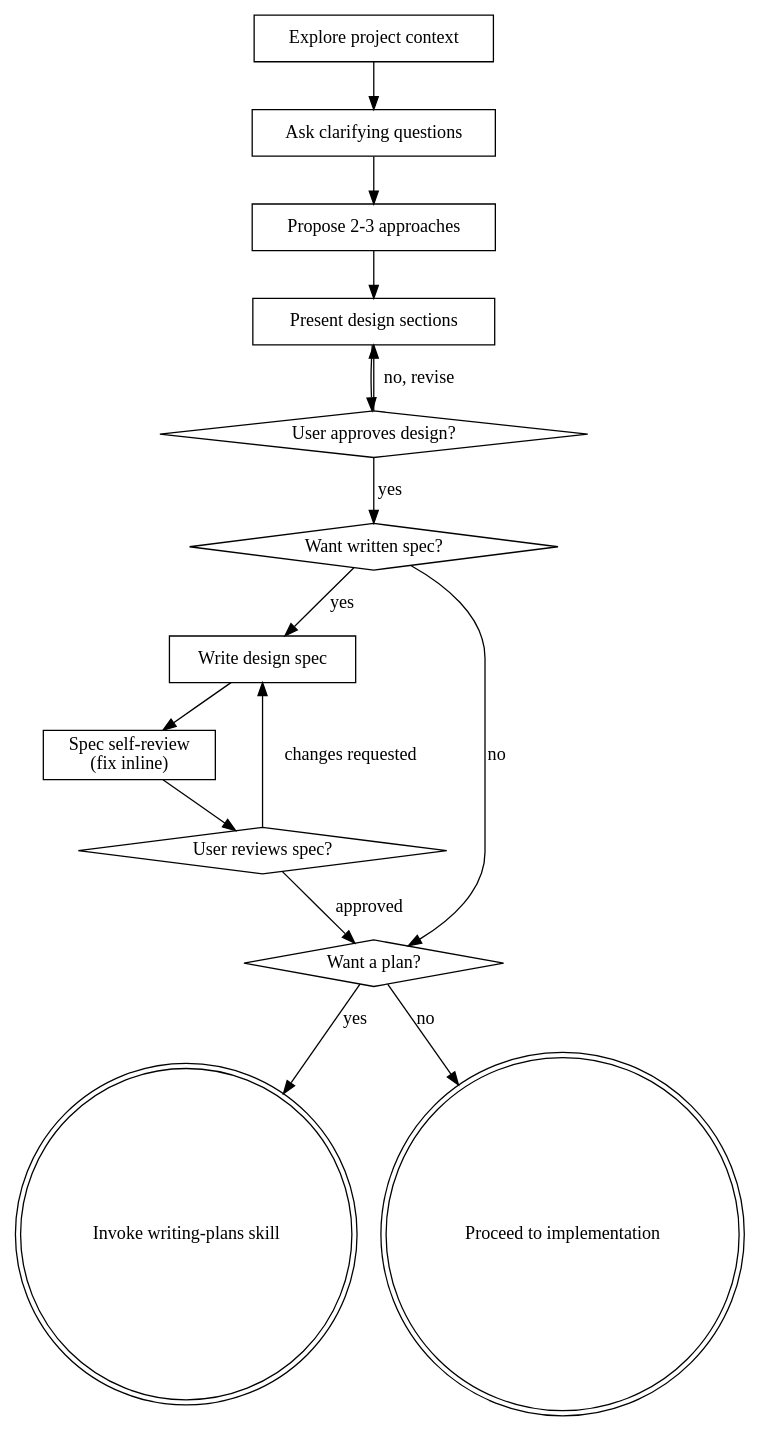
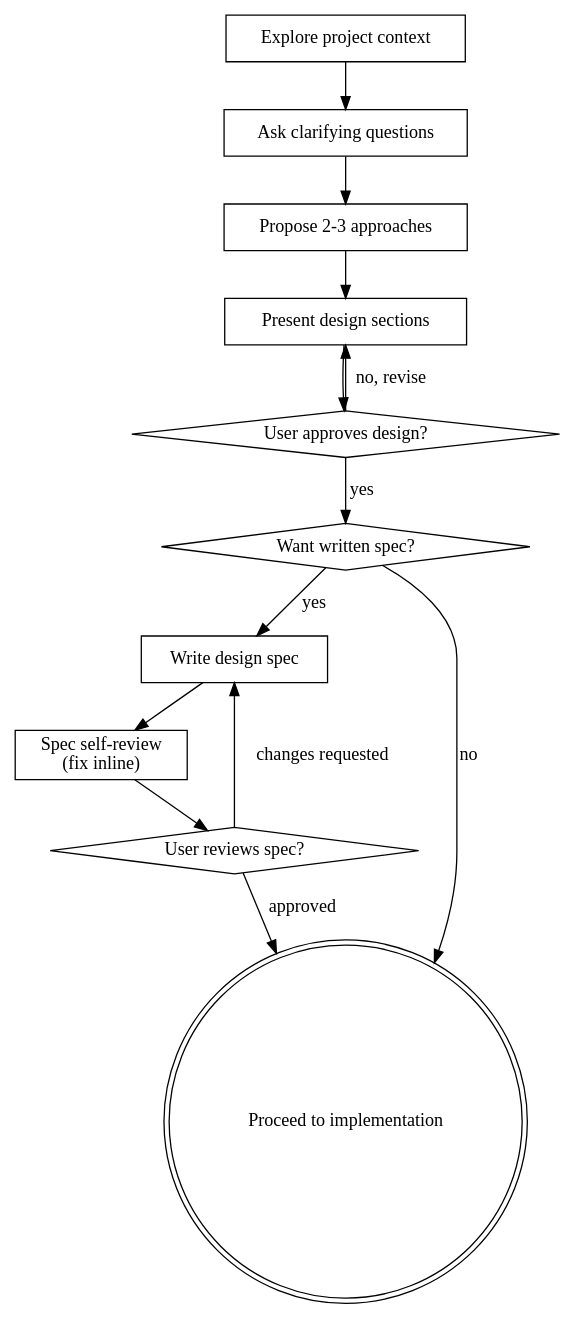
The diagram in configs/agents/skills/brainstorming/SKILL.md (Ehrax/dotfiles), drawn with Graphviz before and after one commit. The commit also changed other lines of this file and 6 other files, not shown here.

````diff
--- a/configs/agents/skills/brainstorming/SKILL.md
+++ b/configs/agents/skills/brainstorming/SKILL.md
@@ -35,31 +48,27 @@
 ```dot
 digraph brainstorming {
     "Explore project context" [shape=box];
     "Ask clarifying questions" [shape=box];
     "Propose 2-3 approaches" [shape=box];
     "Present design sections" [shape=box];
     "User approves design?" [shape=diamond];
     "Want written spec?" [shape=diamond];
     "Write design spec" [shape=box];
     "Spec self-review\n(fix inline)" [shape=box];
     "User reviews spec?" [shape=diamond];
-    "Want a plan?" [shape=diamond];
-    "Invoke writing-plans skill" [shape=doublecircle];
     "Proceed to implementation" [shape=doublecircle];
 
     "Explore project context" -> "Ask clarifying questions";
     "Ask clarifying questions" -> "Propose 2-3 approaches";
     "Propose 2-3 approaches" -> "Present design sections";
     "Present design sections" -> "User approves design?";
     "User approves design?" -> "Present design sections" [label="no, revise"];
     "User approves design?" -> "Want written spec?" [label="yes"];
     "Want written spec?" -> "Write design spec" [label="yes"];
-    "Want written spec?" -> "Want a plan?" [label="no"];
+    "Want written spec?" -> "Proceed to implementation" [label="no"];
     "Write design spec" -> "Spec self-review\n(fix inline)";
     "Spec self-review\n(fix inline)" -> "User reviews spec?";
     "User reviews spec?" -> "Write design spec" [label="changes requested"];
-    "User reviews spec?" -> "Want a plan?" [label="approved"];
-    "Want a plan?" -> "Invoke writing-plans skill" [label="yes"];
-    "Want a plan?" -> "Proceed to implementation" [label="no"];
+    "User reviews spec?" -> "Proceed to implementation" [label="approved"];
 }
 ```
````
